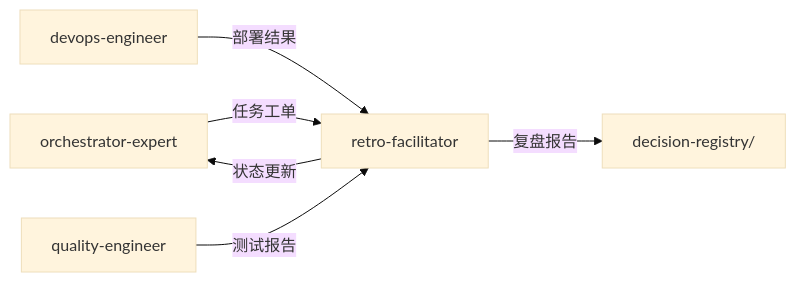
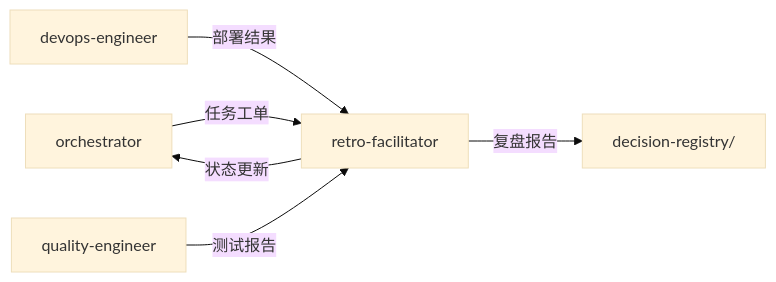
Before and after one commit to Tooooommy/Trae-Workflow: the diagram in skills/retro-facilitator/SKILL.md, drawn with Mermaid (base theme). The commit also changed other lines of this file and 21 other files, not shown here.

First line of the commit message:
refactor(skills): rename orchestrator-expert to orchestrator and update paths

````diff
--- a/skills/retro-facilitator/SKILL.md
+++ b/skills/retro-facilitator/SKILL.md
@@ -79,8 +79,8 @@
 ```mermaid
 flowchart LR
-    A[orchestrator-expert] -->|任务工单| B[retro-facilitator]
+    A[orchestrator] -->|任务工单| B[retro-facilitator]
     C[devops-engineer] -->|部署结果| B
     D[quality-engineer] -->|测试报告| B
     B -->|复盘报告| E[decision-registry/]
     B -->|状态更新| A
 ```
````
